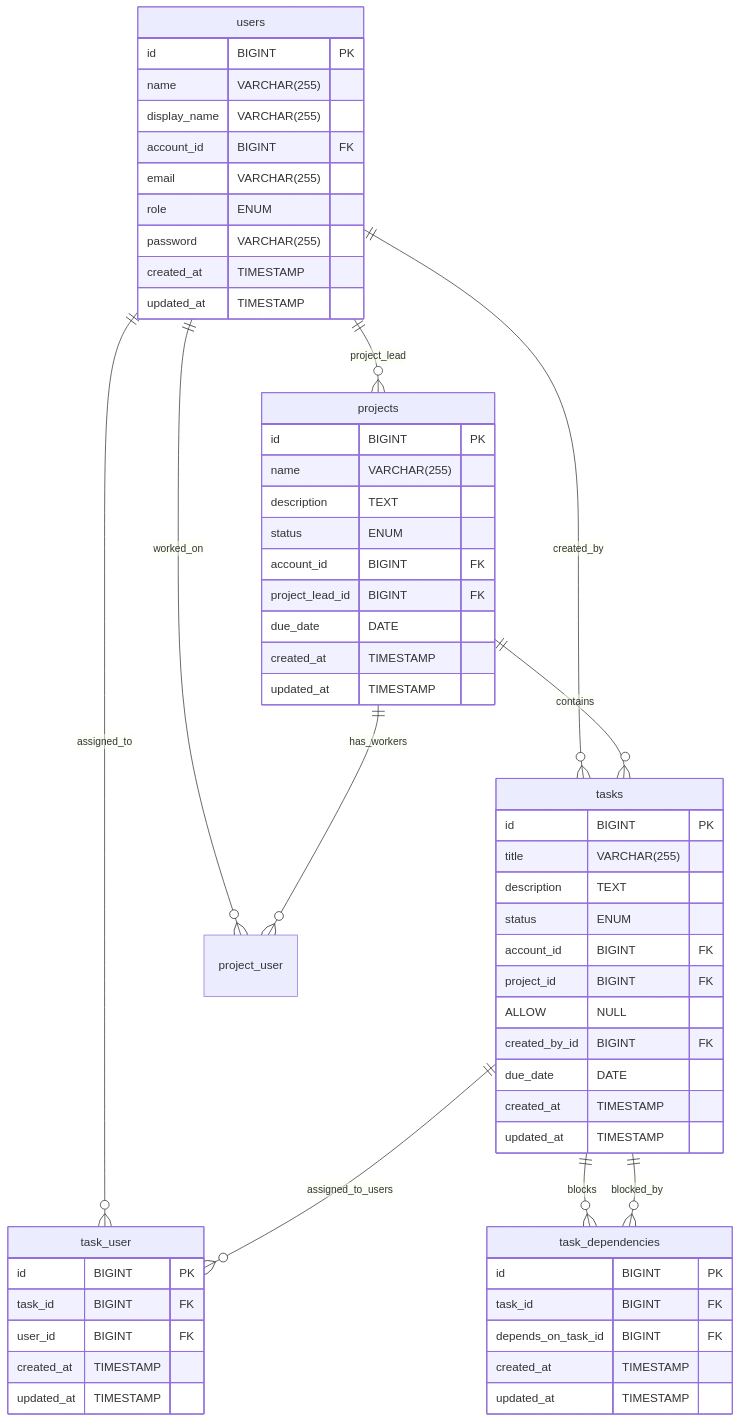
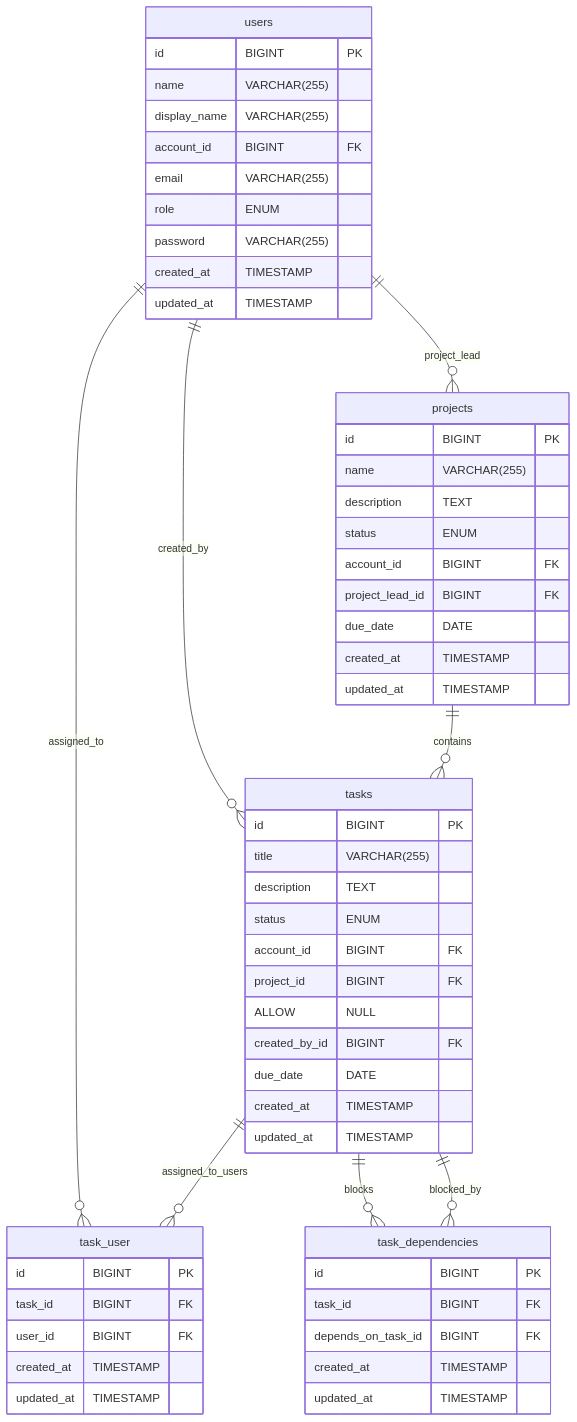
One commit to krc-coding/H6-Svendepr-ve changed the diagram in Documentation/ProductRepport.md. Above: the diagram before and after it, drawn with Mermaid.

````diff
--- a/Documentation/ProductRepport.md
+++ b/Documentation/ProductRepport.md
@@ -72,65 +72,63 @@
 ```mermaid
 erDiagram
     users {
         id BIGINT PK
         name VARCHAR(255)
         display_name VARCHAR(255)
         account_id BIGINT FK
         email VARCHAR(255)
         role ENUM
         password VARCHAR(255)
         created_at TIMESTAMP
         updated_at TIMESTAMP
     }
 
     projects {
         id BIGINT PK
         name VARCHAR(255)
         description TEXT
         status ENUM
         account_id BIGINT FK
         project_lead_id BIGINT FK
         due_date DATE
         created_at TIMESTAMP
         updated_at TIMESTAMP
     }
 
     tasks {
         id BIGINT PK
         title VARCHAR(255)
         description TEXT
         status ENUM
         account_id BIGINT FK
         project_id BIGINT FK ALLOW NULL
         created_by_id BIGINT FK
         due_date DATE
         created_at TIMESTAMP
         updated_at TIMESTAMP
     }
 
     task_user {
         id BIGINT PK
         task_id BIGINT FK
         user_id BIGINT FK
         created_at TIMESTAMP
         updated_at TIMESTAMP
     }
 
     task_dependencies {
         id BIGINT PK
         task_id BIGINT FK
         depends_on_task_id BIGINT FK
         created_at TIMESTAMP
         updated_at TIMESTAMP
     }
 
     users ||--o{ projects: "project_lead"
     users ||--o{ tasks: "created_by"
     users ||--o{ task_user: "assigned_to"
-    users ||--o{ project_user: "worked_on"
     projects ||--o{ tasks: "contains"
-    projects ||--o{ project_user: "has_workers"
     tasks ||--o{ task_user: "assigned_to_users"
     tasks ||--o{ task_dependencies: "blocks"
     tasks ||--o{ task_dependencies: "blocked_by"
 ```
````
